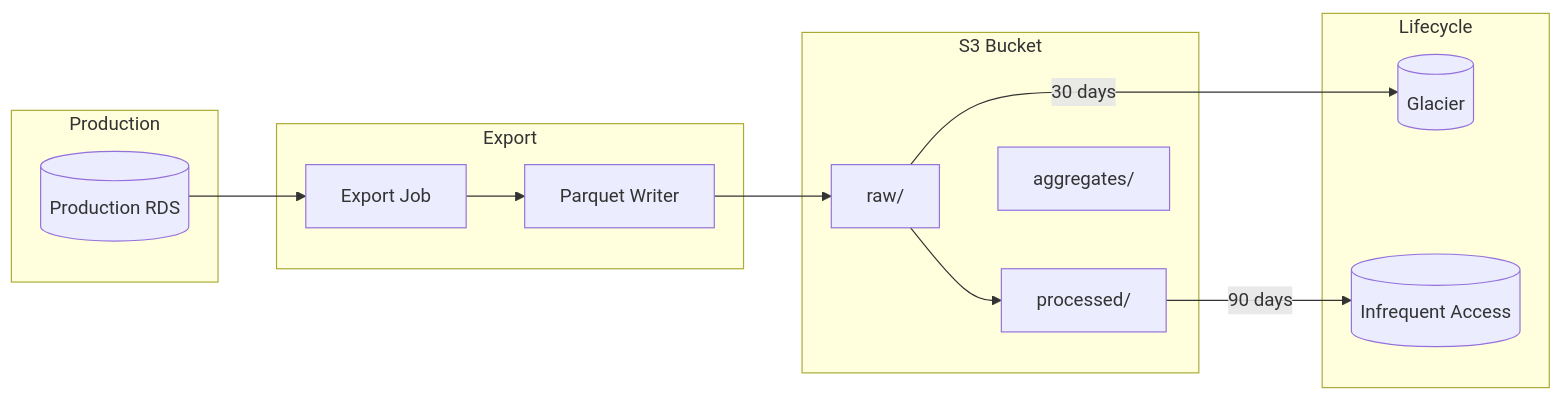
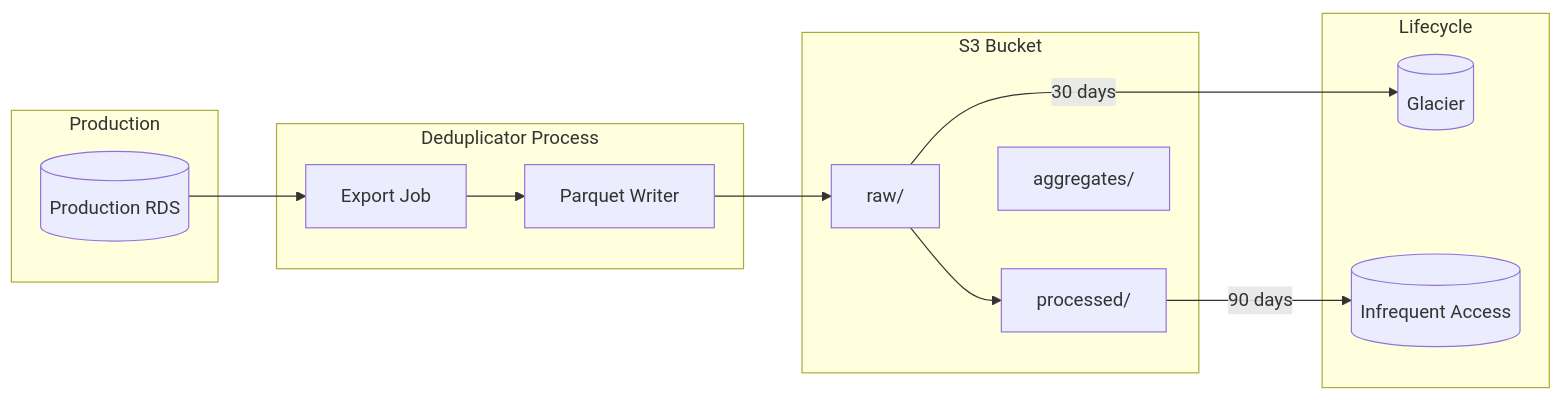
Before and after one commit to Projectsrxg/kalshi_v2: the second of 4 diagrams in docs/kalshi-data/storage/s3.md, drawn with Mermaid. The commit also changed other lines of this file and 77 other files, not shown here.

````diff
--- a/docs/kalshi-data/storage/s3.md
+++ b/docs/kalshi-data/storage/s3.md
@@ -9,29 +44,29 @@
 ```mermaid
 flowchart LR
     subgraph Production
         RDS[(Production RDS)]
     end
 
-    subgraph Export
+    subgraph "Deduplicator Process"
         JOB[Export Job]
         PARQUET[Parquet Writer]
     end
 
     subgraph S3["S3 Bucket"]
         RAW[raw/]
         PROC[processed/]
         AGG[aggregates/]
     end
 
     subgraph Lifecycle
         GLACIER[(Glacier)]
         IA[(Infrequent Access)]
     end
 
     RDS --> JOB
     JOB --> PARQUET
     PARQUET --> RAW
     RAW --> PROC
     RAW -->|30 days| GLACIER
     PROC -->|90 days| IA
 ```
````
